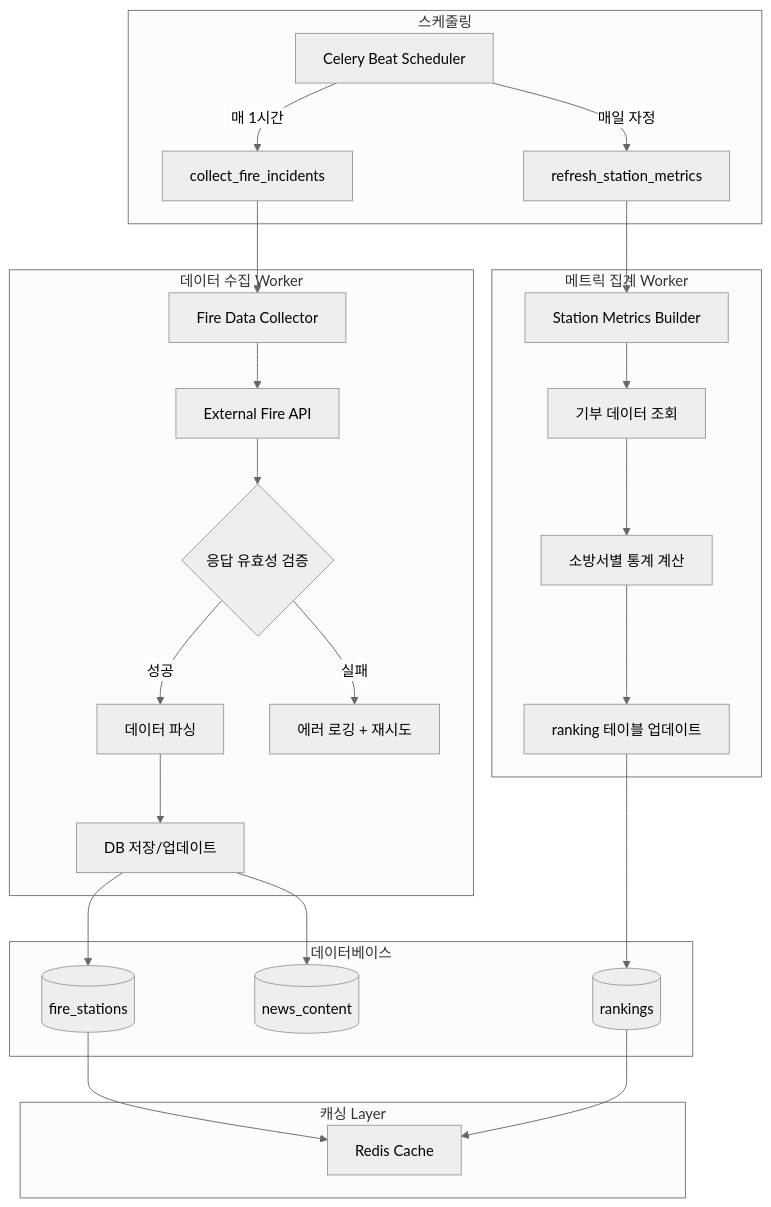
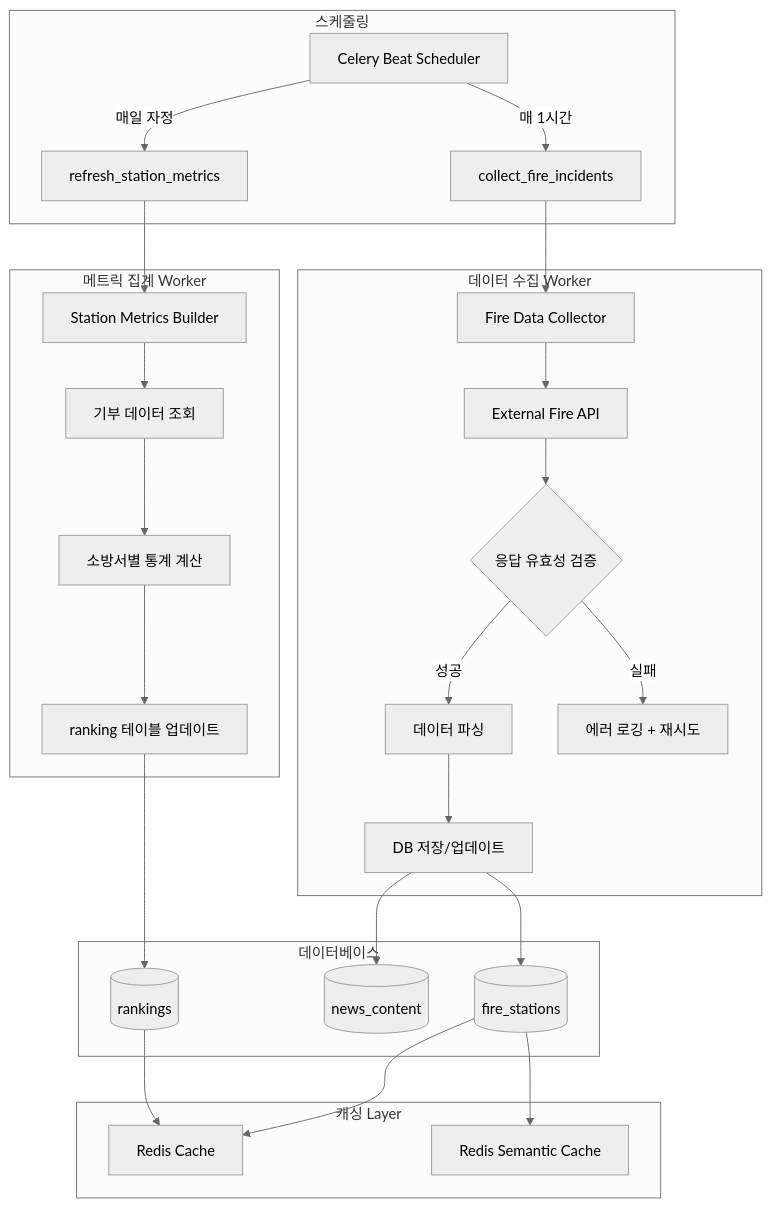
The fifth of 11 diagrams in docs/ARCHITECTURE.md (dlehdgml5328/bodam), drawn with Mermaid (neutral theme) before and after one commit. The commit also changed other lines of this file and 77 other files, not shown here.

````diff
--- a/docs/ARCHITECTURE.md
+++ b/docs/ARCHITECTURE.md
@@ -364,35 +367,36 @@
 ```mermaid
 graph TB
     subgraph "스케줄링"
         A[Celery Beat Scheduler]
         A -->|매 1시간| B[collect_fire_incidents]
         A -->|매일 자정| C[refresh_station_metrics]
     end
 
     subgraph "데이터 수집 Worker"
         B --> D[Fire Data Collector]
         D --> E[External Fire API]
         E --> F{응답 유효성 검증}
         F -->|성공| G[데이터 파싱]
         F -->|실패| H[에러 로깅 + 재시도]
         G --> I[DB 저장/업데이트]
     end
 
     subgraph "메트릭 집계 Worker"
         C --> J[Station Metrics Builder]
         J --> K[기부 데이터 조회]
         K --> L[소방서별 통계 계산]
         L --> M[ranking 테이블 업데이트]
     end
 
     subgraph "데이터베이스"
         I --> N[(fire_stations)]
         I --> O[(news_content)]
         M --> P[(rankings)]
     end
 
     subgraph "캐싱 Layer"
         N --> Q[Redis Cache]
+        N --> R[Redis Semantic Cache]
         P --> Q
     end
 ```
````
